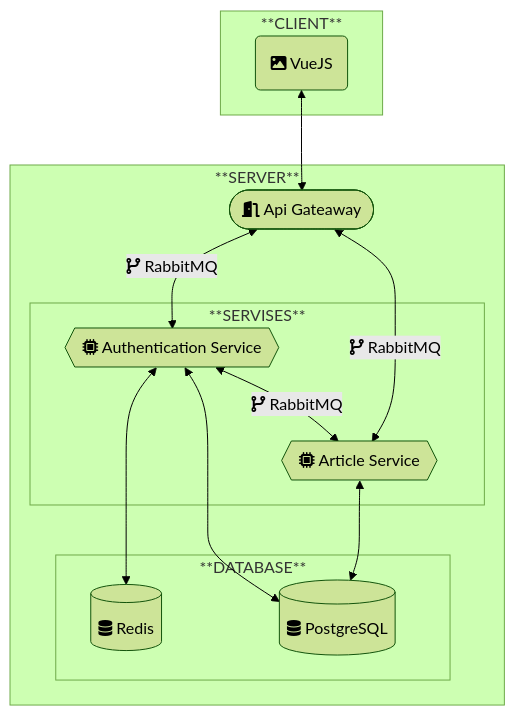
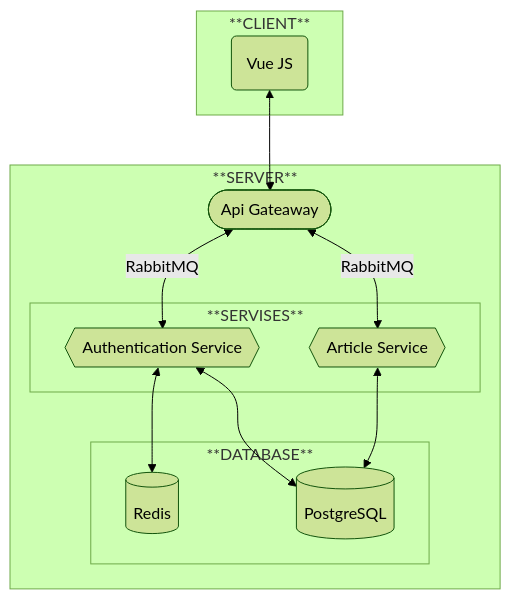
The diagram in README.md (AltairArs/Article-Management-System-v-L-1), drawn with Mermaid (forest theme) before and after one commit. The commit also changed 19 other files, not shown here.

````diff
--- a/README.md
+++ b/README.md
@@ -12,37 +12,36 @@
 ```mermaid
 graph TD
-    client(fa:fa-image VueJS)
-    apiGateaway([fa:fa-door-open Api Gateaway])
-    authenticationService{{fa:fa-microchip Authentication Service}}
-    articleService{{fa:fa-microchip Article Service}}
-    redis[(fa:fa-database Redis)]
-    postgres[(fa:fa-database PostgreSQL)]
+    client(Vue JS)
+    apiGateaway([Api Gateaway])
+    authenticationService{{Authentication Service}}
+    articleService{{Article Service}}
+    redis[(Redis)]
+    postgres[(PostgreSQL)]
 
     client <--> apiGateaway
-    apiGateaway <--> |fa:fa-code-branch RabbitMQ| authenticationService
-    apiGateaway <--> |fa:fa-code-branch RabbitMQ| articleService
+    apiGateaway <--> |RabbitMQ| authenticationService
+    apiGateaway <--> |RabbitMQ| articleService
     authenticationService <--> redis
     authenticationService <--> postgres
     articleService <--> postgres
-    authenticationService <--> |fa:fa-code-branch RabbitMQ| articleService
 
     subgraph **CLIENT**
     client
     end
 
     subgraph **SERVER**
 
     apiGateaway
 
     subgraph **DATABASE**
     redis
     postgres
     end
 
     subgraph **SERVISES**
     authenticationService
     articleService
     end
 
     end
 ```
````
